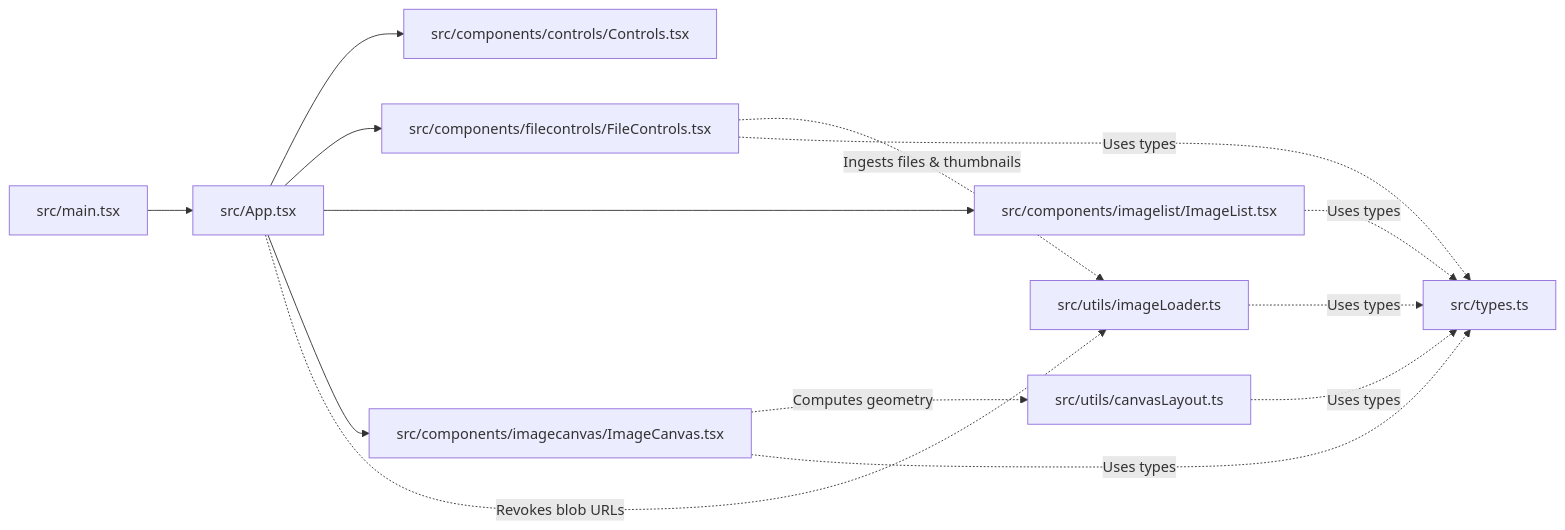
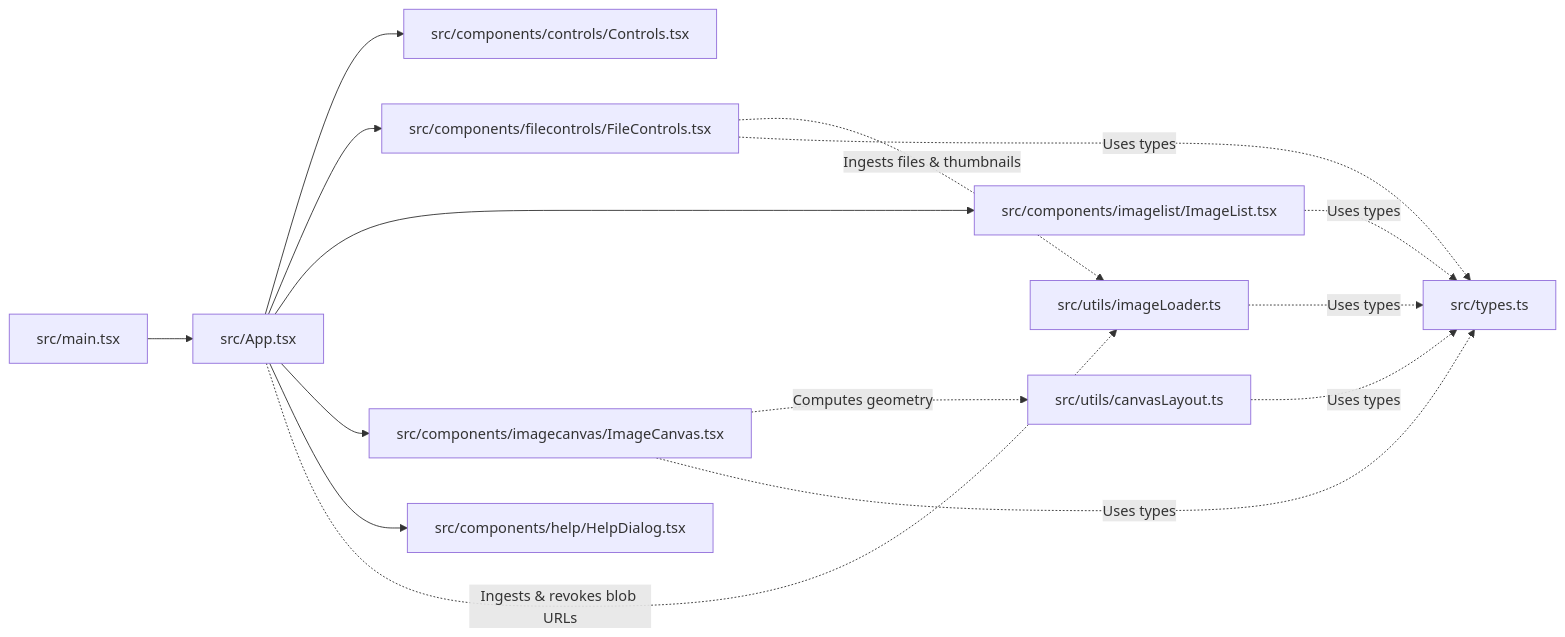
Before and after one commit to samliburd/imagejoin-react: the third of 4 diagrams in ARCHITECTURE.md, drawn with Mermaid. The commit also changed other lines of this file and 24 other files, not shown here.

````diff
--- a/ARCHITECTURE.md
+++ b/ARCHITECTURE.md
@@ -222,16 +226,17 @@
 ```mermaid
 flowchart LR
     main["src/main.tsx"] --> App["src/App.tsx"]
     App --> Controls["src/components/controls/Controls.tsx"]
     App --> FileControls["src/components/filecontrols/FileControls.tsx"]
     App --> ImageList["src/components/imagelist/ImageList.tsx"]
     App --> ImageCanvas["src/components/imagecanvas/ImageCanvas.tsx"]
-    App -.->|"Revokes blob URLs"| ImageLoader["src/utils/imageLoader.ts"]
+    App --> HelpDialog["src/components/help/HelpDialog.tsx"]
+    App -.->|"Ingests & revokes blob URLs"| ImageLoader["src/utils/imageLoader.ts"]
     FileControls -.->|"Ingests files & thumbnails"| ImageLoader
     ImageCanvas -.->|"Computes geometry"| CanvasLayout["src/utils/canvasLayout.ts"]
     FileControls -.->|"Uses types"| Types["src/types.ts"]
     ImageCanvas -.->|"Uses types"| Types
     ImageList -.->|"Uses types"| Types
     CanvasLayout -.->|"Uses types"| Types
     ImageLoader -.->|"Uses types"| Types
 ```
````
